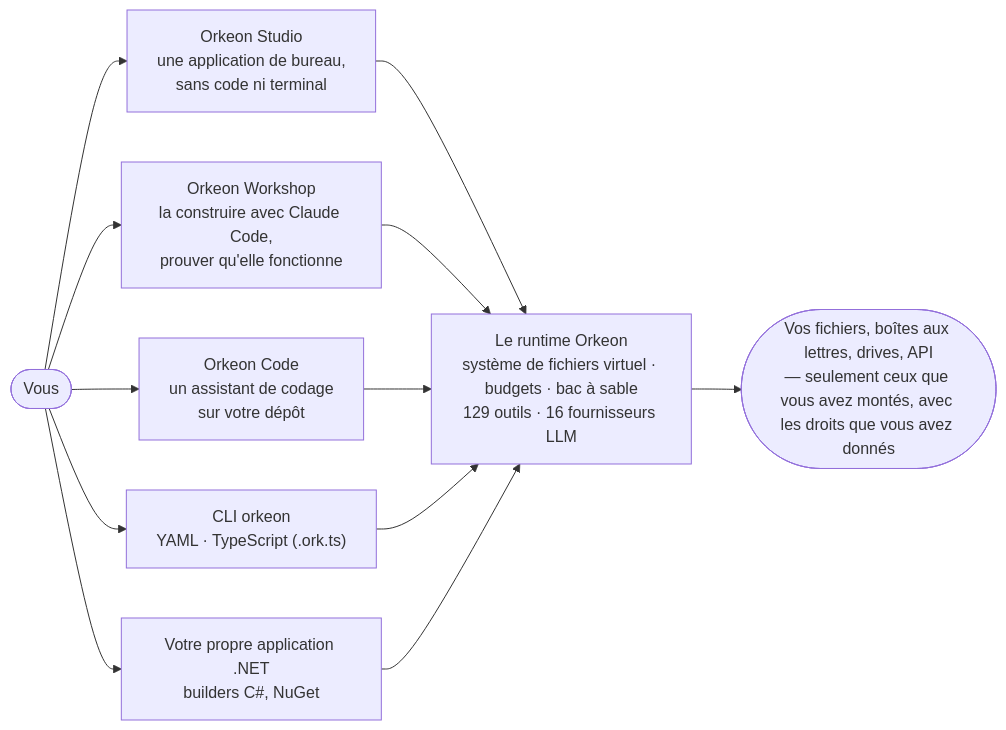
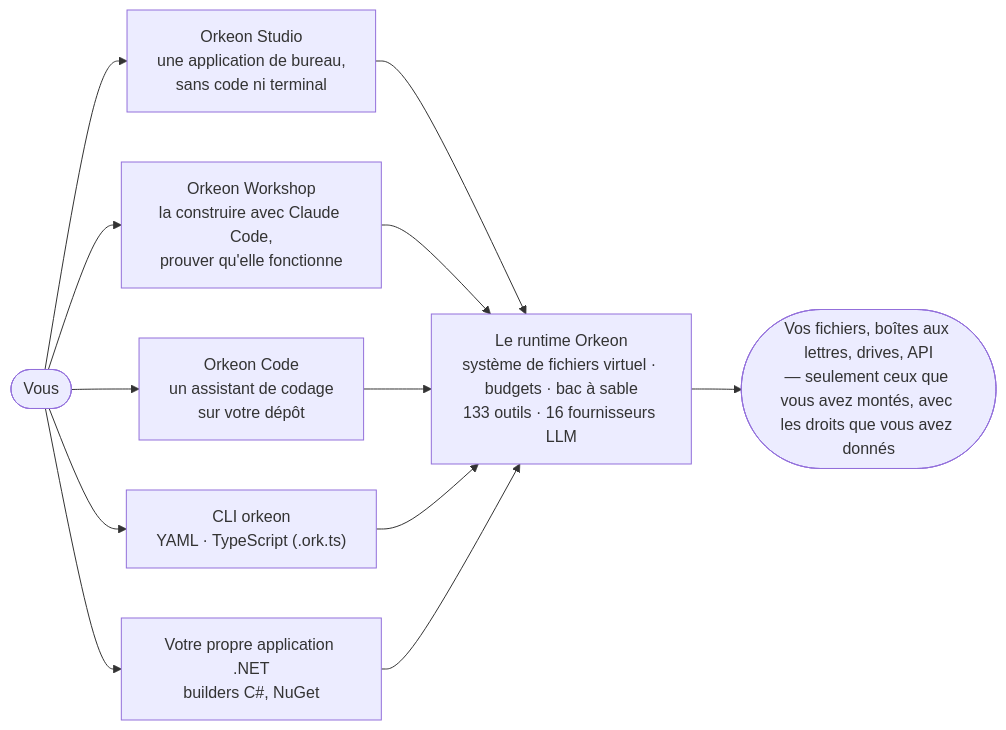
The diagram in README.fr.md (Orkeon/orkeon), drawn with Mermaid before and after one commit. The commit also changed other lines of this file and 59 other files, not shown here.

````diff
--- a/README.fr.md
+++ b/README.fr.md
@@ -43,10 +43,10 @@
 ```mermaid
 flowchart LR
     you(["Vous"]) --> workshop["Orkeon Workshop<br/>la construire avec Claude Code,<br/>prouver qu'elle fonctionne"]
     you --> studio["Orkeon Studio<br/>une application de bureau,<br/>sans code ni terminal"]
     you --> code["Orkeon Code<br/>un assistant de codage<br/>sur votre dépôt"]
     you --> cli["CLI orkeon<br/>YAML · TypeScript (.ork.ts)"]
     you --> app["Votre propre application .NET<br/>builders C#, NuGet"]
-    studio & workshop & code & cli & app --> runtime["Le runtime Orkeon<br/>système de fichiers virtuel · budgets · bac à sable<br/>129 outils · 16 fournisseurs LLM"]
+    studio & workshop & code & cli & app --> runtime["Le runtime Orkeon<br/>système de fichiers virtuel · budgets · bac à sable<br/>133 outils · 16 fournisseurs LLM"]
     runtime --> world(["Vos fichiers, boîtes aux lettres, drives, API<br/>— seulement ceux que vous avez montés, avec les droits que vous avez donnés"])
 ```
````
